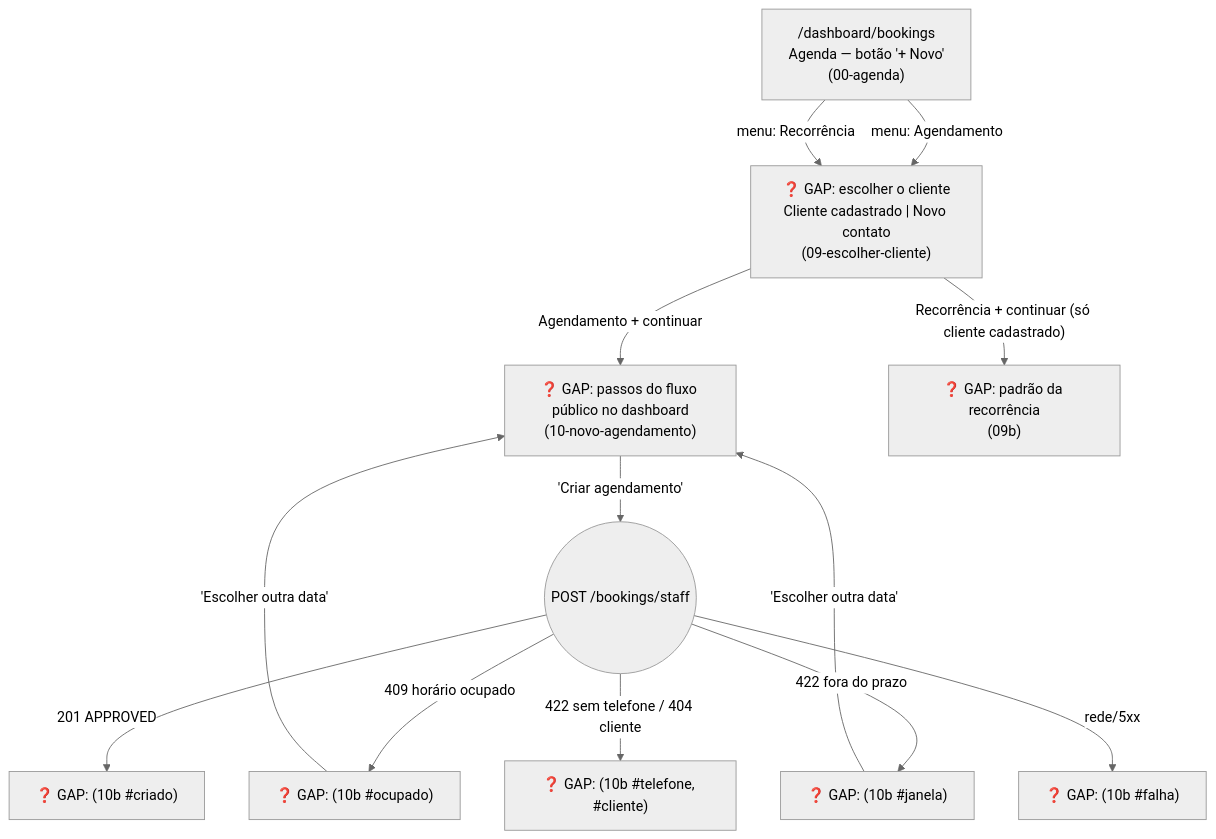
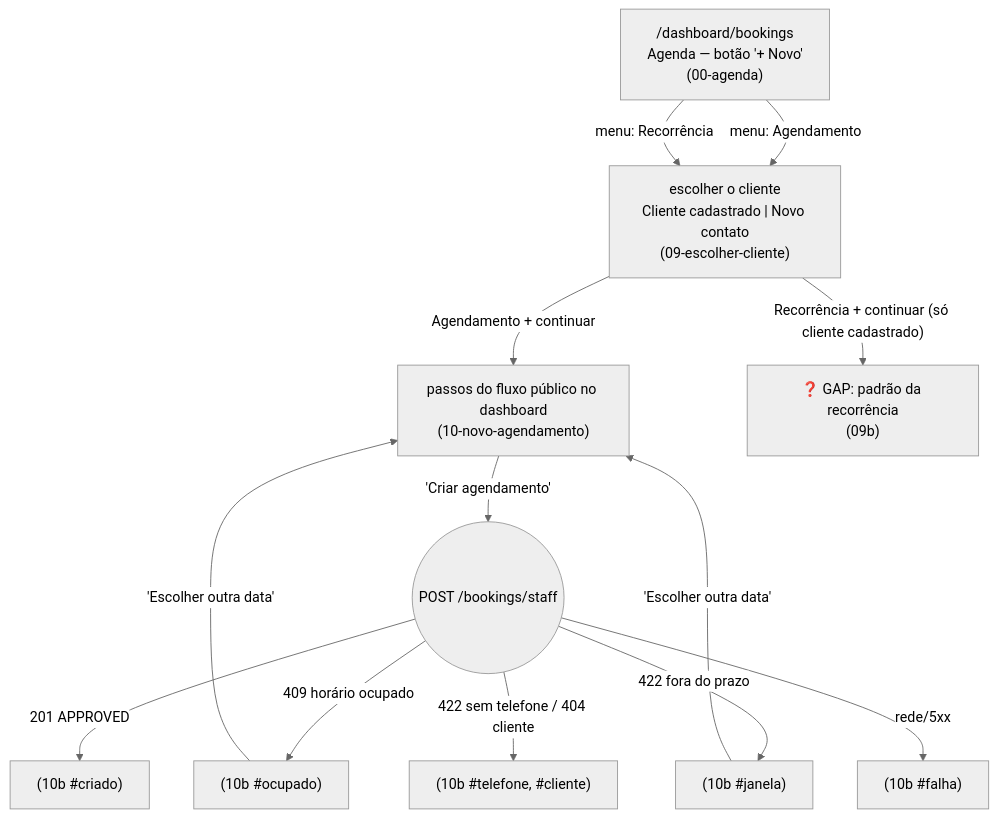
Before and after one commit to lmmoreira/ikaro: the fourth of 5 diagrams in plan/journey/staff/agenda.md, drawn with Mermaid (neutral theme). The commit also changed other lines of this file and 113 other files, not shown here.

First line of the commit message:
feat(booking): staff "+ Novo" menu, customer chooser and new-booking flow (M23-S40) (#605)

````diff
--- a/plan/journey/staff/agenda.md
+++ b/plan/journey/staff/agenda.md
@@ -204,17 +204,17 @@
 ```mermaid
 flowchart TD
     classDef gap stroke:#f00,stroke-dasharray: 5 5,fill:#fee
 
-    Agenda["/dashboard/bookings<br/>Agenda — botão '+ Novo'<br/>(00-agenda)"] -->|"menu: Agendamento"| Quem["❓ GAP: escolher o cliente<br/>Cliente cadastrado | Novo contato<br/>(09-escolher-cliente)"]
+    Agenda["/dashboard/bookings<br/>Agenda — botão '+ Novo'<br/>(00-agenda)"] -->|"menu: Agendamento"| Quem["escolher o cliente<br/>Cliente cadastrado | Novo contato<br/>(09-escolher-cliente)"]
     Agenda -->|"menu: Recorrência"| Quem
-    Quem -->|"Agendamento + continuar"| Passos["❓ GAP: passos do fluxo público no dashboard<br/>(10-novo-agendamento)"]
+    Quem -->|"Agendamento + continuar"| Passos["passos do fluxo público no dashboard<br/>(10-novo-agendamento)"]
     Quem -->|"Recorrência + continuar (só cliente cadastrado)"| Padrao["❓ GAP: padrão da recorrência<br/>(09b)"]
     Passos -->|"'Criar agendamento'"| Envio(("POST /bookings/staff"))
-    Envio -->|"201 APPROVED"| Ok["❓ GAP: (10b #criado)"]
-    Envio -->|"409 horário ocupado"| Oc["❓ GAP: (10b #ocupado)"]
-    Envio -->|"422 fora do prazo"| Jan["❓ GAP: (10b #janela)"]
-    Envio -->|"422 sem telefone / 404 cliente"| Cli["❓ GAP: (10b #telefone, #cliente)"]
-    Envio -->|"rede/5xx"| Fal["❓ GAP: (10b #falha)"]
+    Envio -->|"201 APPROVED"| Ok["(10b #criado)"]
+    Envio -->|"409 horário ocupado"| Oc["(10b #ocupado)"]
+    Envio -->|"422 fora do prazo"| Jan["(10b #janela)"]
+    Envio -->|"422 sem telefone / 404 cliente"| Cli["(10b #telefone, #cliente)"]
+    Envio -->|"rede/5xx"| Fal["(10b #falha)"]
     Oc -->|"'Escolher outra data'"| Passos
     Jan -->|"'Escolher outra data'"| Passos
 ```
````
